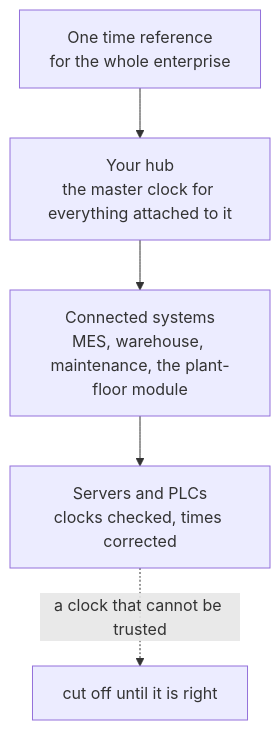
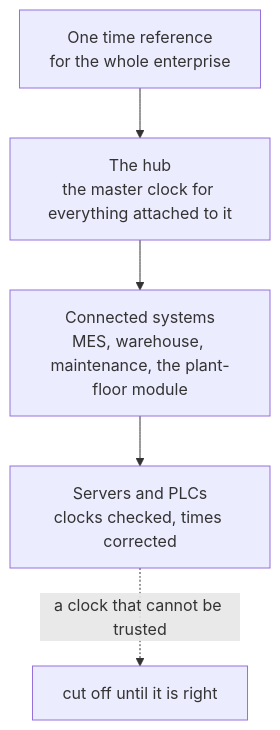
Diagram 26 of 26 in docs/tutorial.md (reh3376/forge), drawn with Mermaid before and after one commit. The commit also changed other lines of this file and 3 other files, not shown here.

````diff
--- a/docs/tutorial.md
+++ b/docs/tutorial.md
@@ -2920,7 +2920,7 @@
 ```mermaid
 flowchart TD
-  R["One time reference<br/>for the whole enterprise"] --> H["Your hub<br/>the master clock for everything attached to it"]
+  R["One time reference<br/>for the whole enterprise"] --> H["The hub<br/>the master clock for everything attached to it"]
   H --> S["Connected systems<br/>MES, warehouse, maintenance, the plant-floor module"]
   S --> D["Servers and PLCs<br/>clocks checked, times corrected"]
   D -. "a clock that cannot be trusted" .-> X["cut off until it is right"]
 ```
````
